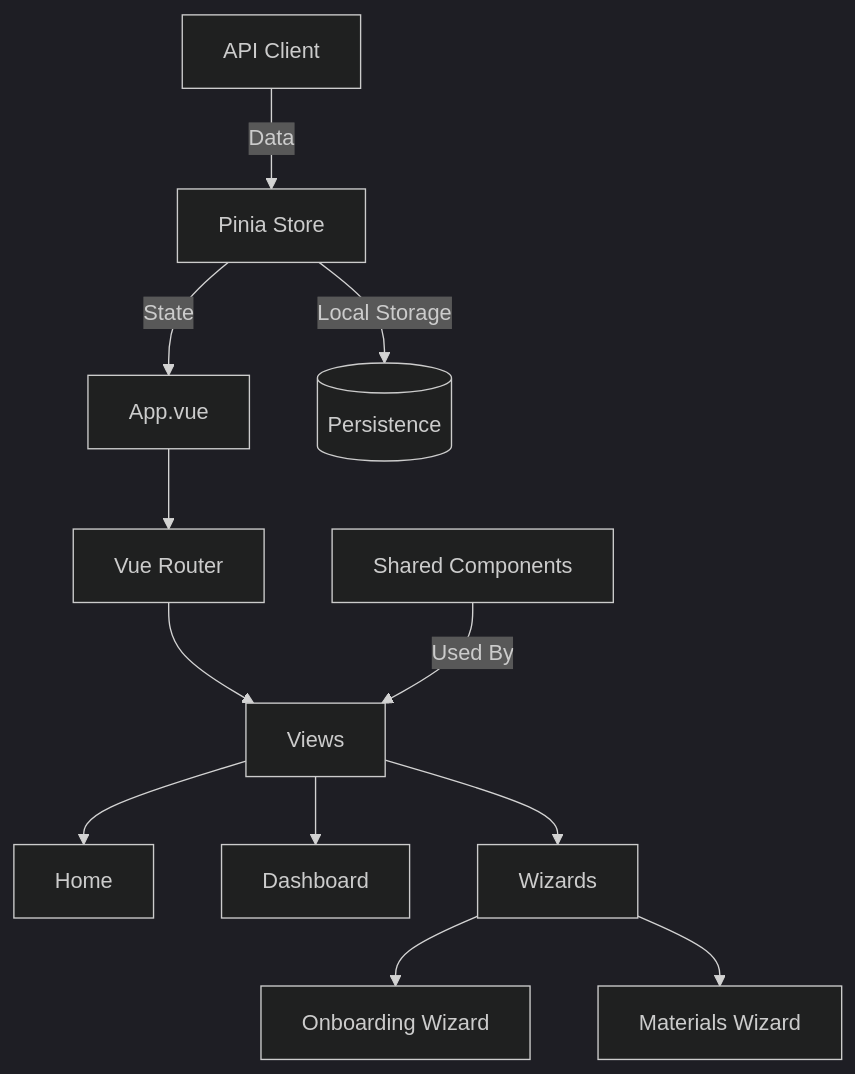
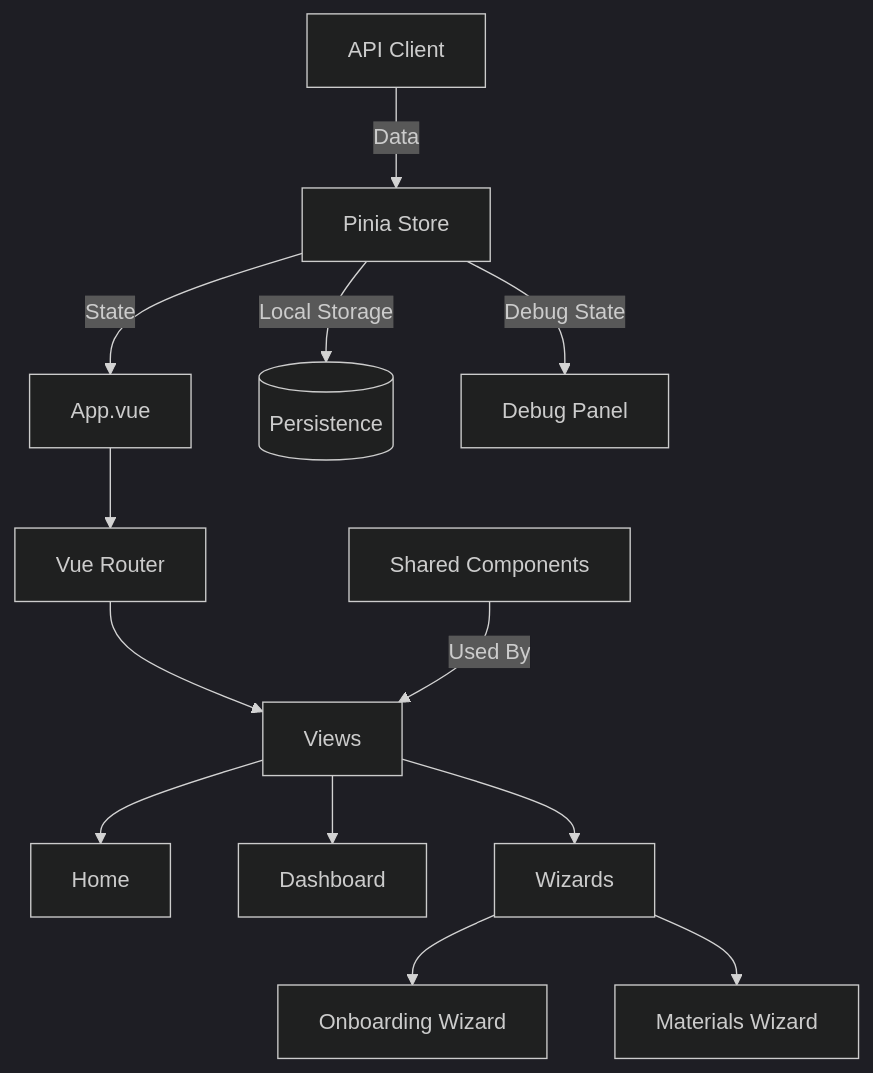
One commit to eric-fern/wizardteach changed the second of 3 diagrams in README.md. Above: the diagram before and after it, drawn with Mermaid (dark theme). The commit also changed other lines of this file and 6 other files, not shown here.

````diff
--- a/README.md
+++ b/README.md
@@ -43,25 +48,26 @@
 ```mermaid
 graph TD
     %% Core Application
     APP[App.vue] --> ROUTER[Vue Router]
     ROUTER --> VIEWS[Views]
     
     %% Main Views
     VIEWS --> HOME[Home]
     VIEWS --> DASHBOARD[Dashboard]
     VIEWS --> WIZARDS[Wizards]
     
     %% Wizard System
     WIZARDS --> ONBOARD[Onboarding Wizard]
     WIZARDS --> MATERIALS[Materials Wizard]
     
     %% State Management
     PINIA[Pinia Store] --> |State| APP
     PINIA --> |Local Storage| PERSIST[(Persistence)]
+    PINIA --> |Debug State| DEBUG[Debug Panel]
     
     %% Shared Components
     COMPONENTS[Shared Components] --> |Used By| VIEWS
     
     %% API Integration
     API[API Client] --> |Data| PINIA
 ```
````
